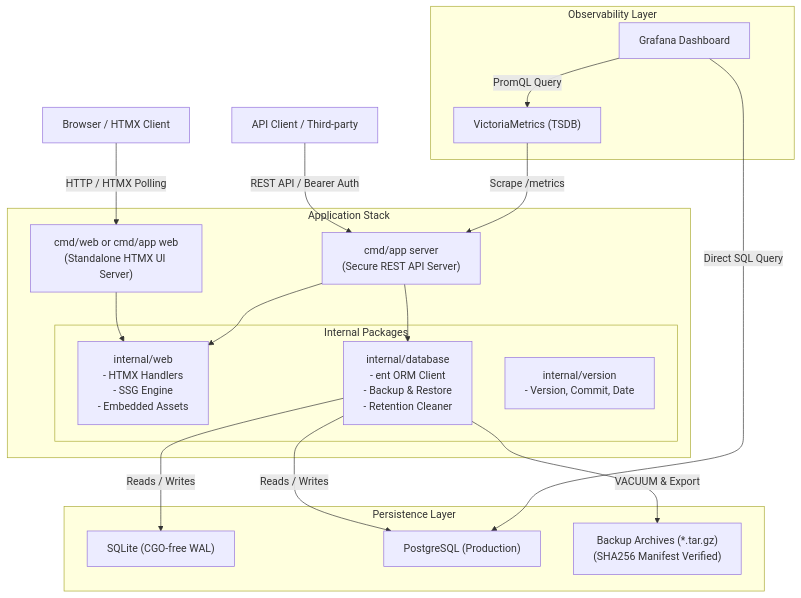
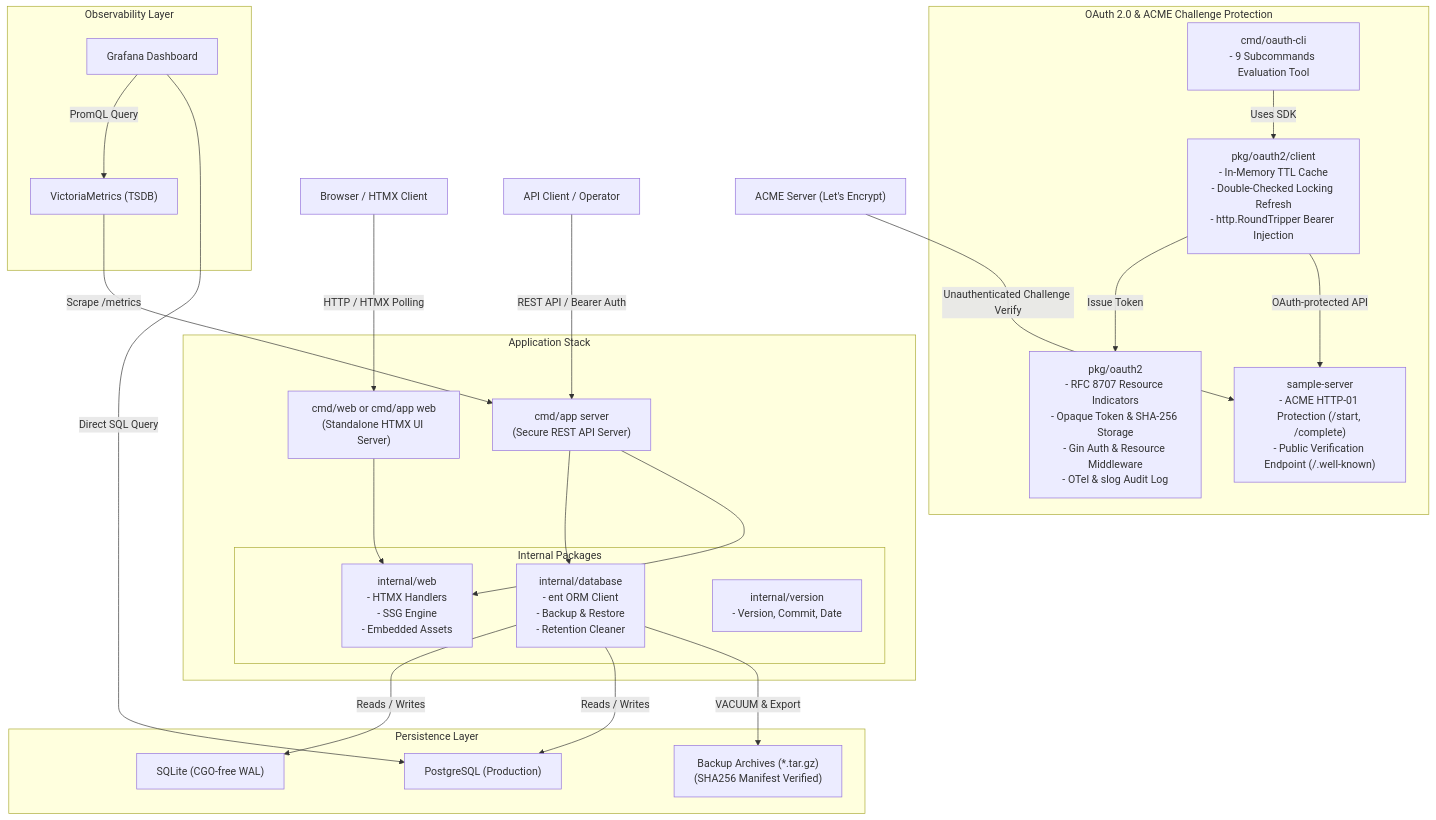
The first of 2 diagrams in docs/architecture.md (sh0jitmy/go-oauth-client-credentials-grant), drawn with Mermaid before and after one commit. The commit also changed other lines of this file and 3 other files, not shown here.

Commit message:
docs: update README, architecture, and agent guidelines for OAuth2 system

````diff
--- a/docs/architecture.md
+++ b/docs/architecture.md
@@ -27,41 +27,54 @@
 ```mermaid
 graph TD
     Client["Browser / HTMX Client"]
-    APIClient["API Client / Third-party"]
+    APIClient["API Client / Operator"]
+    ACMEServer["ACME Server (Let's Encrypt)"]
     
+    subgraph "OAuth 2.0 & ACME Challenge Protection"
+        OAuthPkg["pkg/oauth2<br/>- RFC 8707 Resource Indicators<br/>- Opaque Token & SHA-256 Storage<br/>- Gin Auth & Resource Middleware<br/>- OTel & slog Audit Log"]
+        ClientSDK["pkg/oauth2/client<br/>- In-Memory TTL Cache<br/>- Double-Checked Locking Refresh<br/>- http.RoundTripper Bearer Injection"]
+        SampleSrv["sample-server<br/>- ACME HTTP-01 Protection (/start, /complete)<br/>- Public Verification Endpoint (/.well-known)"]
+        OAuthCLI["cmd/oauth-cli<br/>- 9 Subcommands Evaluation Tool"]
+    end
+
     subgraph "Application Stack"
         WebSrv["cmd/web or cmd/app web<br/>(Standalone HTMX UI Server)"]
         CoreSrv["cmd/app server<br/>(Secure REST API Server)"]
         
         subgraph "Internal Packages"
             WebPkg["internal/web<br/>- HTMX Handlers<br/>- SSG Engine<br/>- Embedded Assets"]
             DBPkg["internal/database<br/>- ent ORM Client<br/>- Backup & Restore<br/>- Retention Cleaner"]
             VerPkg["internal/version<br/>- Version, Commit, Date"]
         end
     end
     
     subgraph "Persistence Layer"
         SQLite["SQLite (CGO-free WAL)"]
         Postgres["PostgreSQL (Production)"]
         Backups["Backup Archives (*.tar.gz)<br/>(SHA256 Manifest Verified)"]
     end
     
     subgraph "Observability Layer"
         VM["VictoriaMetrics (TSDB)"]
         Grafana["Grafana Dashboard"]
     end
     
+    OAuthCLI -->|Uses SDK| ClientSDK
+    ClientSDK -->|Issue Token| OAuthPkg
+    ClientSDK -->|OAuth-protected API| SampleSrv
+    ACMEServer -->|Unauthenticated Challenge Verify| SampleSrv
+    
     Client -->|HTTP / HTMX Polling| WebSrv
     APIClient -->|REST API / Bearer Auth| CoreSrv
     WebSrv --> WebPkg
     CoreSrv --> DBPkg
     CoreSrv --> WebPkg
     
     DBPkg -->|Reads / Writes| SQLite
     DBPkg -->|Reads / Writes| Postgres
     DBPkg -->|VACUUM & Export| Backups
     
     VM -->|Scrape /metrics| CoreSrv
     Grafana -->|PromQL Query| VM
     Grafana -->|Direct SQL Query| Postgres
 ```
````
